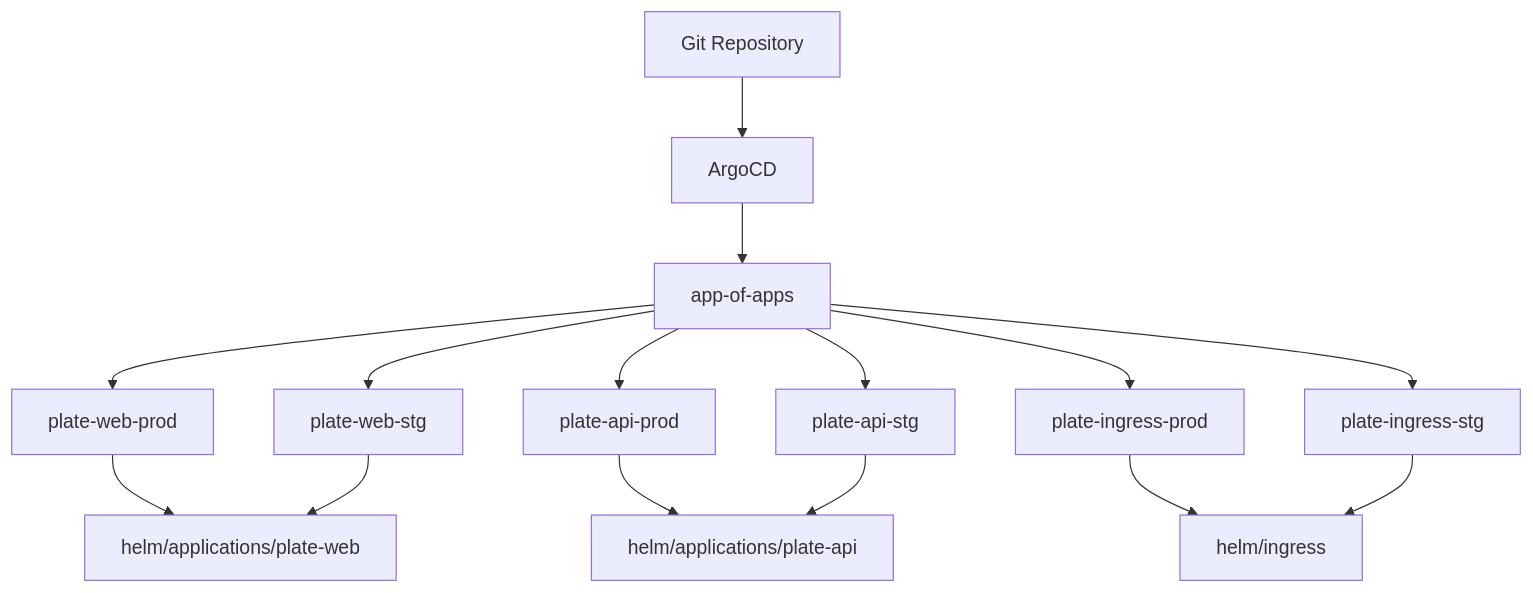
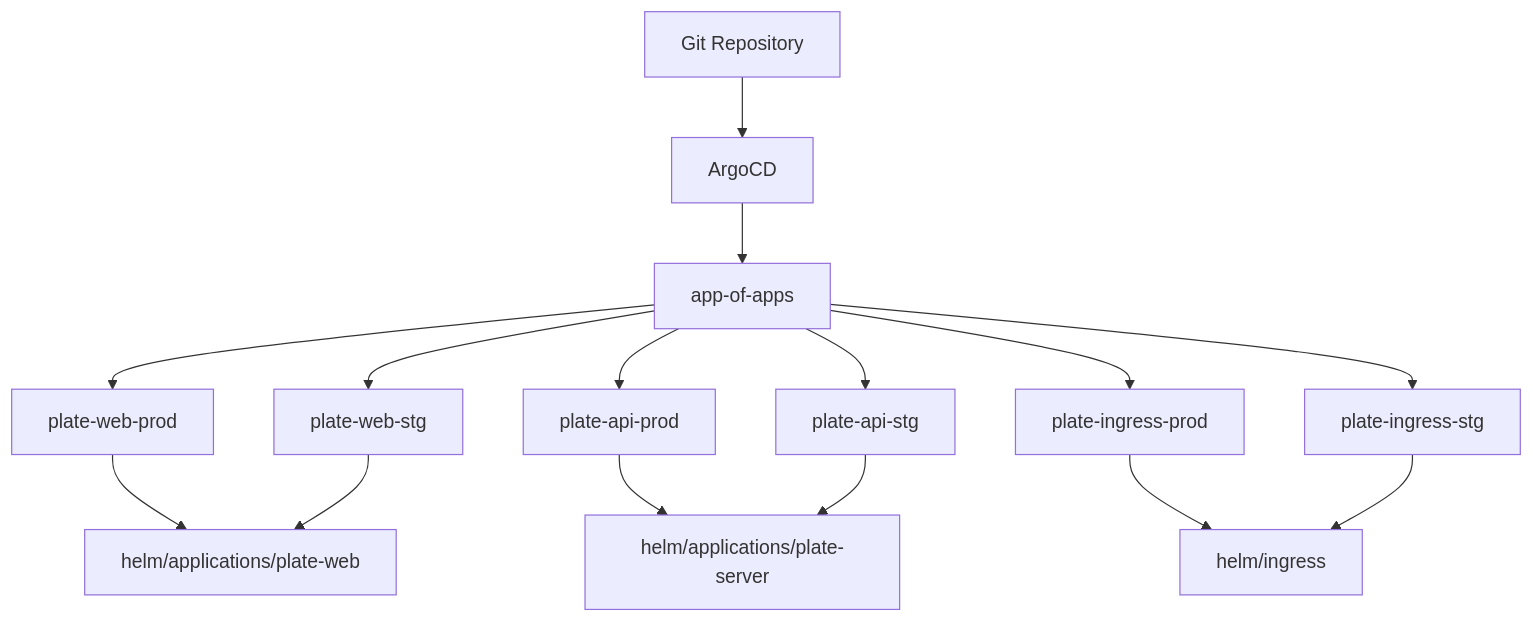
One commit to kimjoongwon/prj-devops changed the first of 4 diagrams in .qoder/repowiki/ko/content/핵심 구현/통합 포인트/GitOps 배포 통합/GitOps 배포 통합.md. Above: the diagram before and after it, drawn with Mermaid. The commit also changed other lines of this file and 60 other files, not shown here.

First line of the commit message:
docs(helm): plate-api 관련 문서의 Helm 경로를 plate-server로 변경

````diff
--- a/.qoder/repowiki/ko/content/핵심 구현/통합 포인트/GitOps 배포 통합/GitOps 배포 통합.md
+++ b/.qoder/repowiki/ko/content/핵심 구현/통합 포인트/GitOps 배포 통합/GitOps 배포 통합.md
@@ -49,17 +49,17 @@
 ```mermaid
 graph TD
 A[Git Repository] --> B[ArgoCD]
 B --> C[app-of-apps]
 C --> D[plate-web-prod]
 C --> E[plate-api-prod]
 C --> F[plate-ingress-prod]
 C --> G[plate-web-stg]
 C --> H[plate-api-stg]
 C --> I[plate-ingress-stg]
 D --> J[helm/applications/plate-web]
-E --> K[helm/applications/plate-api]
+E --> K[helm/applications/plate-server]
 F --> L[helm/ingress]
 G --> J
 H --> K
 I --> L
 ```
````
